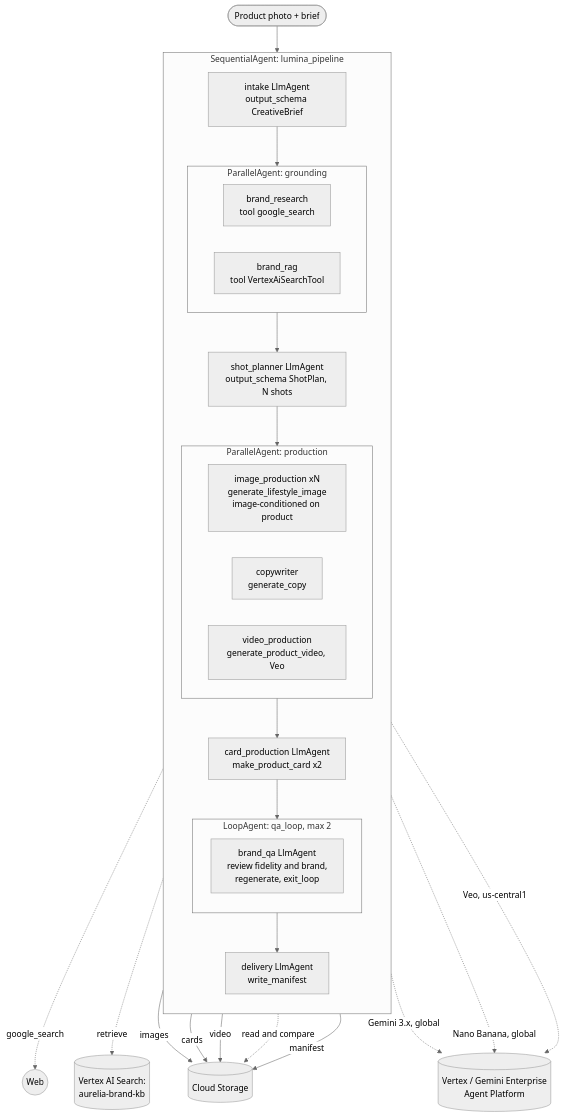
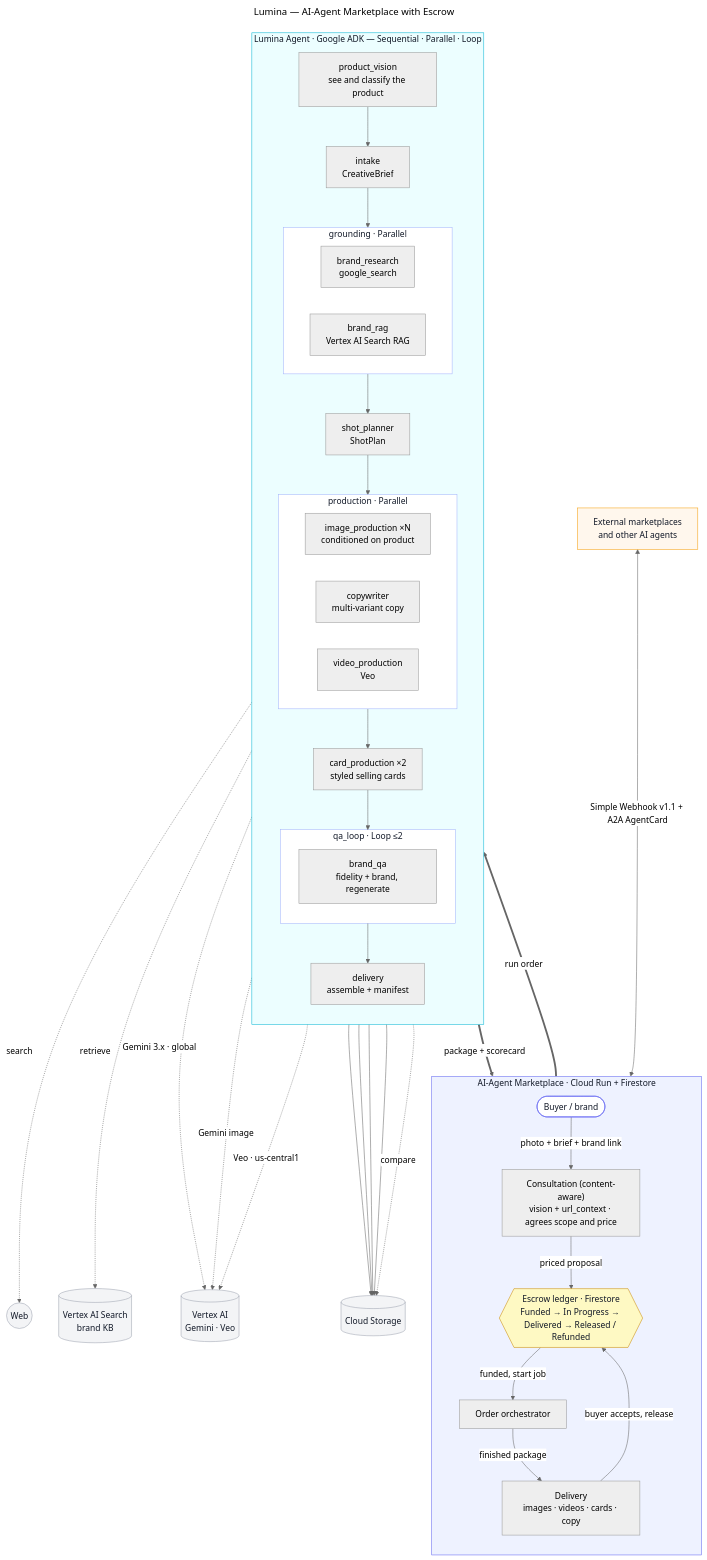
One commit to Armani313/lumina-studio-agent changed the diagram in docs/architecture.mmd. Above: the diagram before and after it, drawn with Mermaid (neutral theme). The commit also changed 3 other files, not shown here.

First line of the commit message:
Rewrite README marketplace-first + refresh architecture diagram

```diff
--- a/docs/architecture.mmd
+++ b/docs/architecture.mmd
@@ -1,36 +1,71 @@
-flowchart TD
-  U(["Product photo + brief"]) --> ROOT
-  subgraph ROOT["SequentialAgent: lumina_pipeline"]
+---
+title: "Lumina — AI-Agent Marketplace with Escrow"
+---
+flowchart TB
+
+  subgraph MP["AI-Agent Marketplace · Cloud Run + Firestore"]
     direction TB
-    INT["intake LlmAgent<br/>output_schema CreativeBrief"] --> GND
-    subgraph GND["ParallelAgent: grounding"]
-      direction LR
-      RES["brand_research<br/>tool google_search"]
-      RAG["brand_rag<br/>tool VertexAiSearchTool"]
-    end
-    GND --> PLAN["shot_planner LlmAgent<br/>output_schema ShotPlan, N shots"]
-    PLAN --> PROD
-    subgraph PROD["ParallelAgent: production"]
-      direction LR
-      IMG["image_production xN<br/>generate_lifestyle_image<br/>image-conditioned on product"]
-      COPY["copywriter<br/>generate_copy"]
-      VID["video_production<br/>generate_product_video, Veo"]
-    end
-    PROD --> CARD["card_production LlmAgent<br/>make_product_card x2"]
-    CARD --> QA
-    subgraph QA["LoopAgent: qa_loop, max 2"]
-      BQA["brand_qa LlmAgent<br/>review fidelity and brand,<br/>regenerate, exit_loop"]
-    end
-    QA --> DEL["delivery LlmAgent<br/>write_manifest"]
+    BUYER(["Buyer / brand"])
+    CON["Consultation (content-aware)<br/>vision + url_context · agrees scope and price"]
+    ESC{{"Escrow ledger · Firestore<br/>Funded → In Progress → Delivered → Released / Refunded"}}
+    ORCH["Order orchestrator"]
+    DLV["Delivery<br/>images · videos · cards · copy"]
+    BUYER -->|"photo + brief + brand link"| CON
+    CON -->|"priced proposal"| ESC
+    ESC -->|"funded, start job"| ORCH
+    ORCH -->|"finished package"| DLV
+    DLV -->|"buyer accepts, release"| ESC
   end
 
-  RES -. "google_search" .-> WEB(("Web"))
-  RAG -. "retrieve" .-> VS[("Vertex AI Search:<br/>aurelia-brand-kb")]
-  IMG -- "images" --> GCS[("Cloud Storage")]
-  CARD -- "cards" --> GCS
-  VID -- "video" --> GCS
-  BQA -. "read and compare" .-> GCS
-  DEL -- "manifest" --> GCS
-  INT -. "Gemini 3.x, global" .-> VX[("Vertex / Gemini Enterprise<br/>Agent Platform")]
-  IMG -. "Nano Banana, global" .-> VX
-  VID -. "Veo, us-central1" .-> VX
+  EXT["External marketplaces<br/>and other AI agents"]
+  EXT <-->|"Simple Webhook v1.1 + A2A AgentCard"| MP
+
+  ORCH ==>|"run order"| ROOT
+  subgraph ROOT["Lumina Agent · Google ADK — Sequential · Parallel · Loop"]
+    direction TB
+    VIS["product_vision<br/>see and classify the product"] --> INT["intake<br/>CreativeBrief"]
+    INT --> GND
+    subgraph GND["grounding · Parallel"]
+      direction LR
+      RES["brand_research<br/>google_search"]
+      RAG["brand_rag<br/>Vertex AI Search RAG"]
+    end
+    GND --> PLAN["shot_planner<br/>ShotPlan"]
+    PLAN --> PROD
+    subgraph PROD["production · Parallel"]
+      direction LR
+      IMG["image_production ×N<br/>conditioned on product"]
+      COPY["copywriter<br/>multi-variant copy"]
+      VID["video_production<br/>Veo"]
+    end
+    PROD --> CARD["card_production ×2<br/>styled selling cards"]
+    CARD --> QA
+    subgraph QA["qa_loop · Loop ≤2"]
+      BQA["brand_qa<br/>fidelity + brand, regenerate"]
+    end
+    QA --> MAN["delivery<br/>assemble + manifest"]
+  end
+  MAN ==>|"package + scorecard"| DLV
+
+  RES -. "search" .-> WEB(("Web"))
+  RAG -. "retrieve" .-> VS[("Vertex AI Search<br/>brand KB")]
+  INT -. "Gemini 3.x · global" .-> VX[("Vertex AI<br/>Gemini · Veo")]
+  IMG -. "Gemini image" .-> VX
+  VID -. "Veo · us-central1" .-> VX
+  IMG --> GCS[("Cloud Storage")]
+  VID --> GCS
+  CARD --> GCS
+  MAN --> GCS
+  BQA -. "compare" .-> GCS
+
+  classDef store fill:#f3f4f6,stroke:#9ca3af,color:#111827;
+  classDef ext fill:#fff7ed,stroke:#f59e0b,color:#111827;
+  class WEB,VS,VX,GCS store;
+  class EXT ext;
+  style MP fill:#eef2ff,stroke:#6366f1,color:#111827;
+  style ROOT fill:#ecfeff,stroke:#06b6d4,color:#111827;
+  style GND fill:#ffffff,stroke:#a5b4fc,color:#111827;
+  style PROD fill:#ffffff,stroke:#a5b4fc,color:#111827;
+  style QA fill:#ffffff,stroke:#a5b4fc,color:#111827;
+  style BUYER fill:#ffffff,stroke:#6366f1,color:#111827;
+  style ESC fill:#fef9c3,stroke:#ca8a04,color:#111827;
```
